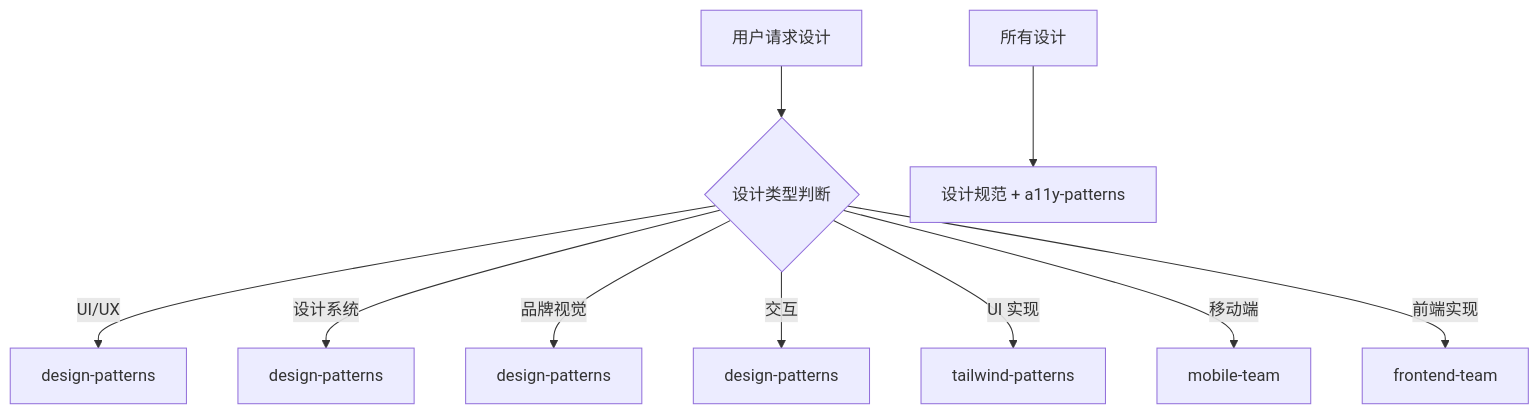
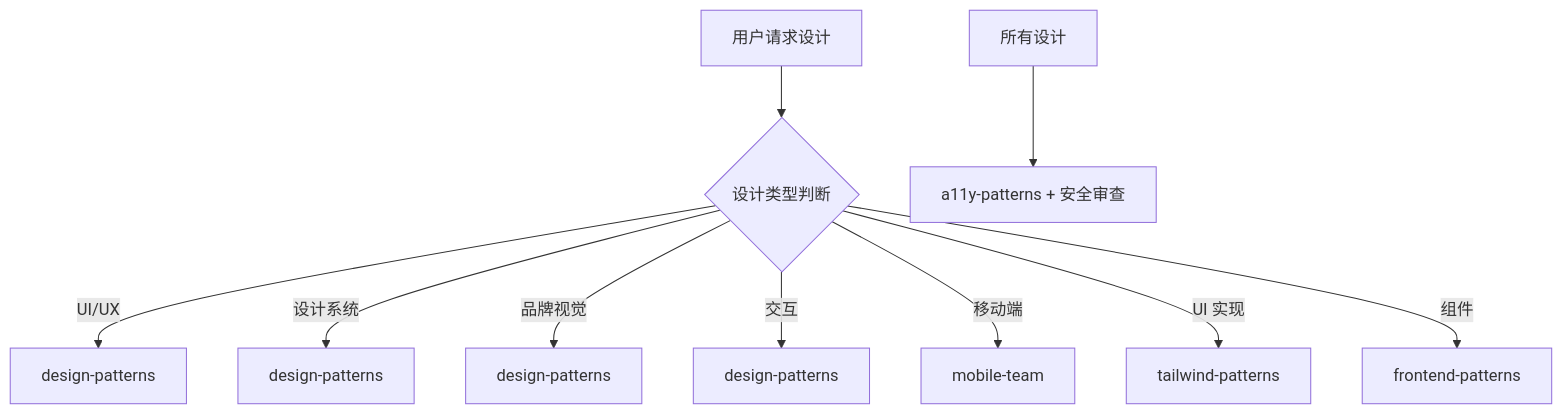
The diagram in agents/design-team.md (Tooooommy/Trae-Workflow), drawn with Mermaid before and after one commit. The commit also changed other lines of this file, not shown here.

Commit message:
feat(design-team): 添加设计思维和美学方向指导

````diff
--- a/agents/design-team.md
+++ b/agents/design-team.md
@@ -38,13 +77,13 @@
 ```mermaid
 flowchart TD
     A[用户请求设计] --> B{设计类型判断}
     B -->|UI/UX| C[design-patterns]
     B -->|设计系统| D[design-patterns]
     B -->|品牌视觉| E[design-patterns]
     B -->|交互| F[design-patterns]
-    B -->|UI 实现| G[tailwind-patterns]
-    B -->|移动端| H[mobile-team]
-    B -->|前端实现| I[frontend-team]
+    B -->|移动端| G[mobile-team]
+    B -->|UI 实现| H[tailwind-patterns]
+    B -->|组件| I[frontend-patterns]
 
-    所有设计 --> J[设计规范 + a11y-patterns]
+    所有设计 --> J[a11y-patterns + 安全审查]
 ```
````
